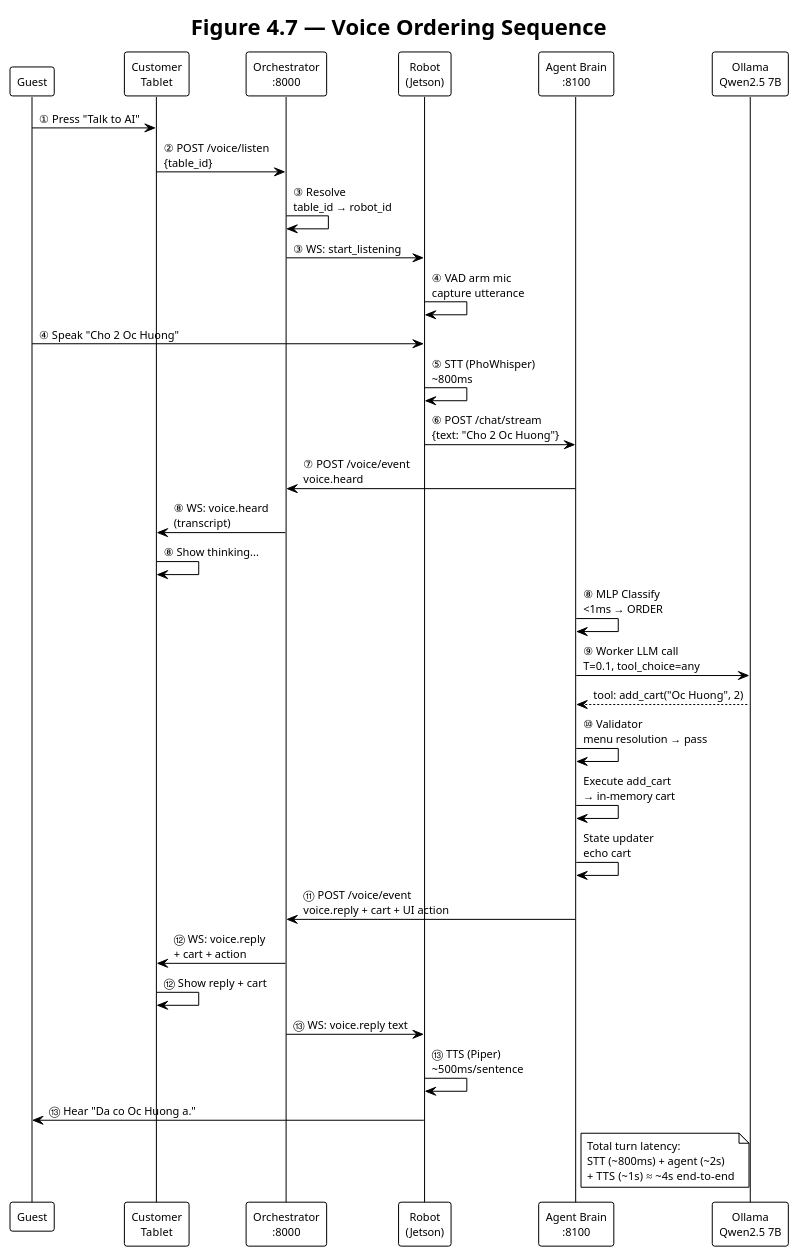
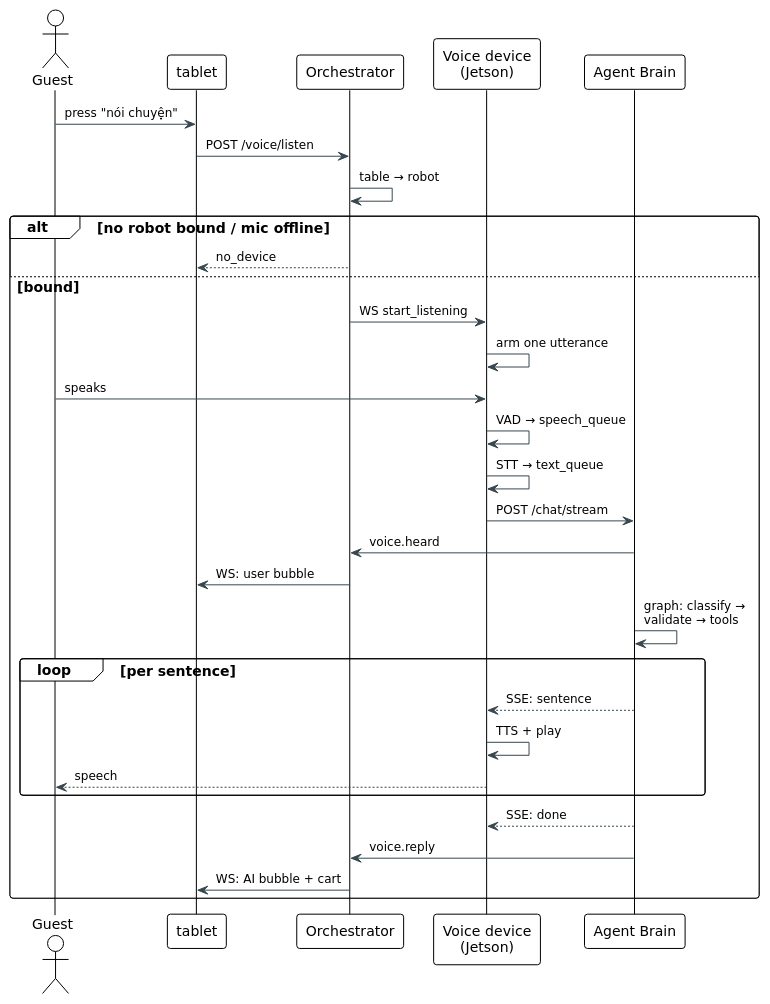
Before and after one commit to ThinhQuocLe007/AIWaiter: the eighth of 17 diagrams in docs/thesis/diagram.md, drawn with PlantUML. The commit also changed other lines of this file and 45 other files, not shown here.

````diff
--- a/docs/thesis/diagram.md
+++ b/docs/thesis/diagram.md
@@ -1024,50 +709,54 @@
 ```plantuml
 @startuml
+' ── print profile (see "Rendering" at the top of this file) ──
 !theme plain
 skinparam backgroundColor #FFFFFF
-skinparam defaultFontSize 11
+skinparam defaultFontName "DejaVu Sans"
+skinparam defaultFontSize 14
+skinparam shadowing false
+skinparam nodesep 18
+skinparam ranksep 24
+skinparam padding 2
+skinparam roundCorner 6
+skinparam ArrowColor #37474F
+skinparam ArrowFontSize 12
+skinparam NoteBackgroundColor #FFFDE7
+skinparam NoteFontSize 11
 
-title Figure 4.7 — Voice Ordering Sequence
+actor Guest
+participant "tablet" as TAB
+participant "Orchestrator" as ORCH
+participant "Voice device\n(Jetson)" as JET
+participant "Agent Brain" as AG
 
-participant "Guest" as G
-participant "Customer\nTablet" as T order 1
-participant "Orchestrator\n:8000" as O order 2
-participant "Robot\n(Jetson)" as R order 3
-participant "Agent Brain\n:8100" as A order 4
-participant "Ollama\nQwen2.5 7B" as LLM order 5
+Guest -> TAB : press "nói chuyện"
+TAB -> ORCH : POST /voice/listen
+ORCH -> ORCH : table → robot
+alt no robot bound / mic offline
+  ORCH --> TAB : no_device
+else bound
+  ORCH -> JET : WS start_listening
+  JET -> JET : arm one utterance
+  Guest -> JET : speaks
+  JET -> JET : VAD → speech_queue
+  JET -> JET : STT → text_queue
+  JET -> AG : POST /chat/stream
 
-G -> T : ① Press "Talk to AI"
-T -> O : ② POST /voice/listen\n{table_id}
-O -> O : ③ Resolve\ntable_id → robot_id
-O -> R : ③ WS: start_listening
-R -> R : ④ VAD arm mic\ncapture utterance
+  AG -> ORCH : voice.heard
+  ORCH -> TAB : WS: user bubble
 
-G -> R : ④ Speak "Cho 2 Oc Huong"
-R -> R : ⑤ STT (PhoWhisper)\n~800ms
-R -> A : ⑥ POST /chat/stream\n{text: "Cho 2 Oc Huong"}
-A -> O : ⑦ POST /voice/event\nvoice.heard
-O -> T : ⑧ WS: voice.heard\n(transcript)
-T -> T : ⑧ Show thinking...
+  AG -> AG : graph: classify →\nvalidate → tools
 
-A -> A : ⑧ MLP Classify\n<1ms → ORDER
-A -> LLM : ⑨ Worker LLM call\nT=0.1, tool_choice=any
-LLM --> A : tool: add_cart("Oc Huong", 2)
-A -> A : ⑩ Validator\nmenu resolution → pass
-A -> A : Execute add_cart\n→ in-memory cart
-A -> A : State updater\necho cart
-A -> O : ⑪ POST /voice/event\nvoice.reply + cart + UI action
-O -> T : ⑫ WS: voice.reply\n+ cart + action
-T -> T : ⑫ Show reply + cart
-O -> R : ⑬ WS: voice.reply text
-R -> R : ⑬ TTS (Piper)\n~500ms/sentence
+  loop per sentence
+    AG --> JET : SSE: sentence
+    JET -> JET : TTS + play
+    JET --> Guest : speech
+  end
+  AG --> JET : SSE: done
 
-G <- R : ⑬ Hear "Da co Oc Huong a."
-
-note right of A
-  Total turn latency:
-  STT (~800ms) + agent (~2s)
-  + TTS (~1s) ≈ ~4s end-to-end
-end note
+  AG -> ORCH : voice.reply
+  ORCH -> TAB : WS: AI bubble + cart
+end
 
 @enduml
 ```
````
